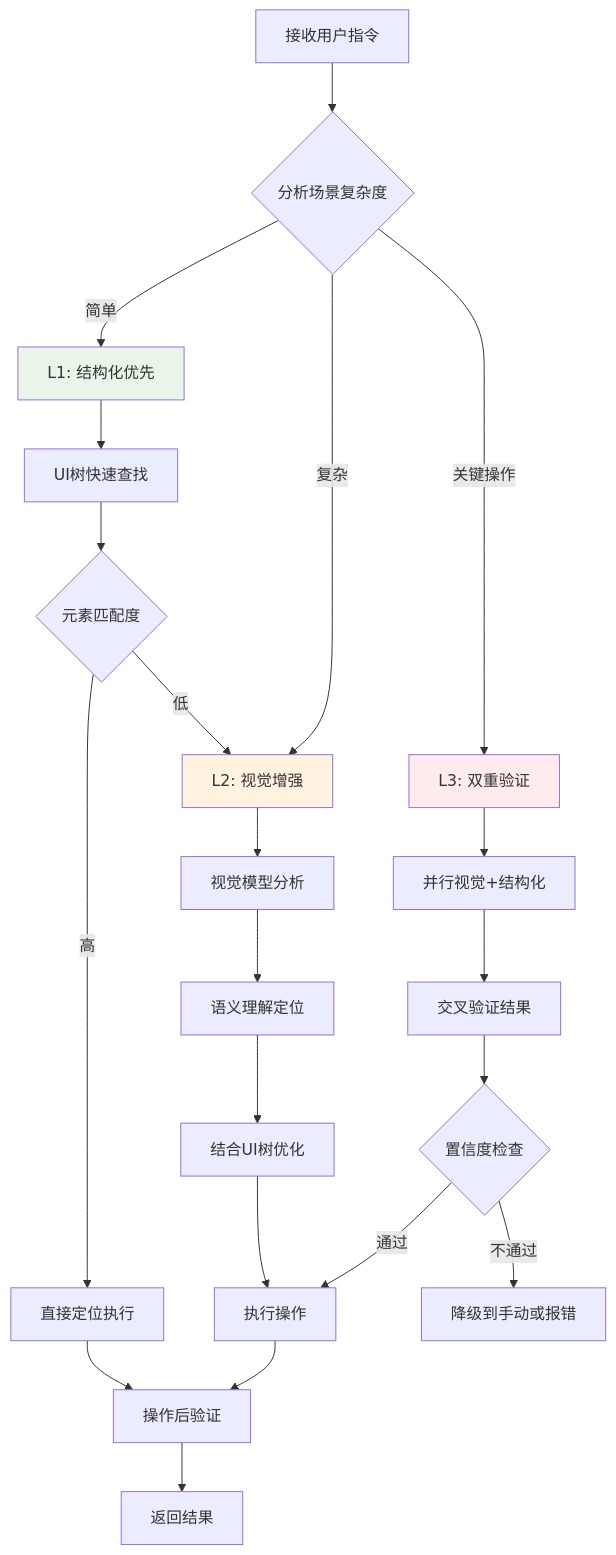
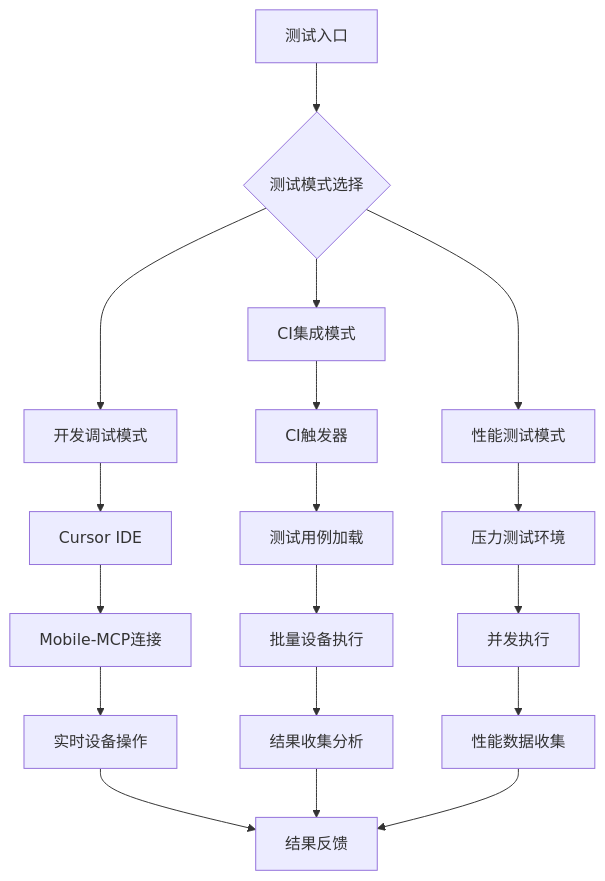
One commit to zhuozp/AI-UI- changed the sixth of 6 diagrams in Tech.md. Above: the diagram before and after it, drawn with Mermaid. The commit also changed other lines of this file, not shown here.

````diff
--- a/Tech.md
+++ b/Tech.md
@@ -461,32 +861,25 @@
 ```mermaid
-flowchart TD
-    A[接收用户指令] --> B{分析场景复杂度}
+graph TD
+    A[测试入口] --> B{测试模式选择}
     
-    B -->|简单| C[L1: 结构化优先]
-    B -->|复杂| D[L2: 视觉增强]  
-    B -->|关键操作| E[L3: 双重验证]
+    B --> C[开发调试模式]
+    B --> D[CI集成模式]
+    B --> E[性能测试模式]
     
-    C --> F[UI树快速查找]
-    F --> G{元素匹配度}
-    G -->|高| H[直接定位执行]
-    G -->|低| D
+    C --> F[Cursor IDE]
+    F --> G[Mobile-MCP连接]
+    G --> H[实时设备操作]
     
-    D --> I[视觉模型分析]
-    I --> J[语义理解定位]
-    J --> K[结合UI树优化]
-    K --> L[执行操作]
+    D --> I[CI触发器]
+    I --> J[测试用例加载]
+    J --> K[批量设备执行]
+    K --> L[结果收集分析]
     
-    E --> M[并行视觉+结构化]
-    M --> N[交叉验证结果]
-    N --> O{置信度检查}
-    O -->|通过| L
-    O -->|不通过| P[降级到手动或报错]
+    E --> M[压力测试环境]
+    M --> N[并发执行]
+    N --> O[性能数据收集]
     
-    H --> Q[操作后验证]
-    L --> Q
-    Q --> R[返回结果]
-    
-    style C fill:#e8f5e8
-    style D fill:#fff3e0  
-    style E fill:#ffebee
+    H --> P[结果反馈]
+    L --> P
+    O --> P
 ```
````
